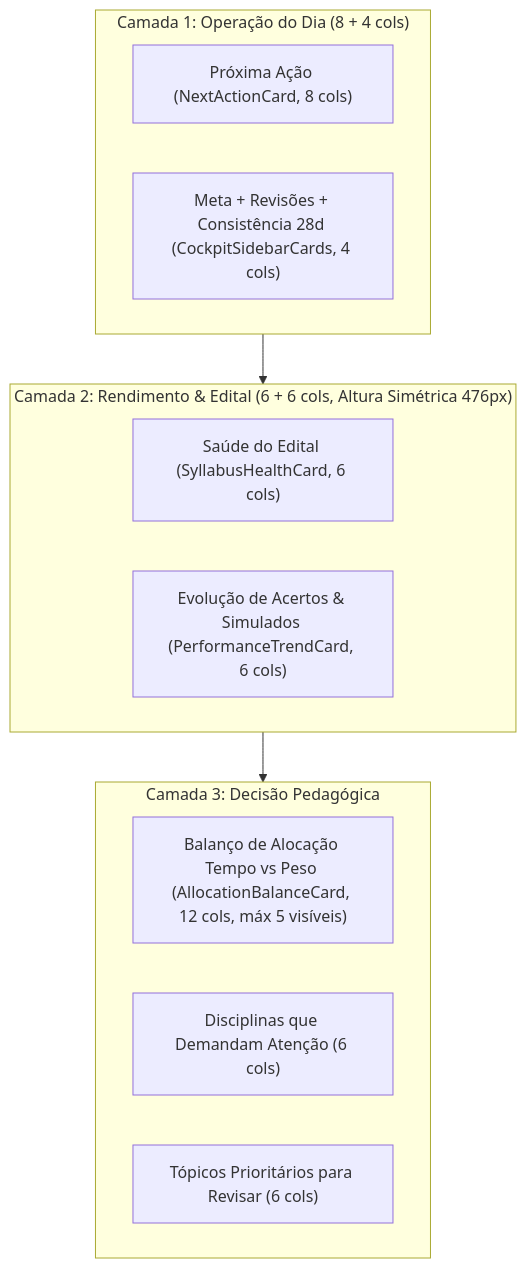
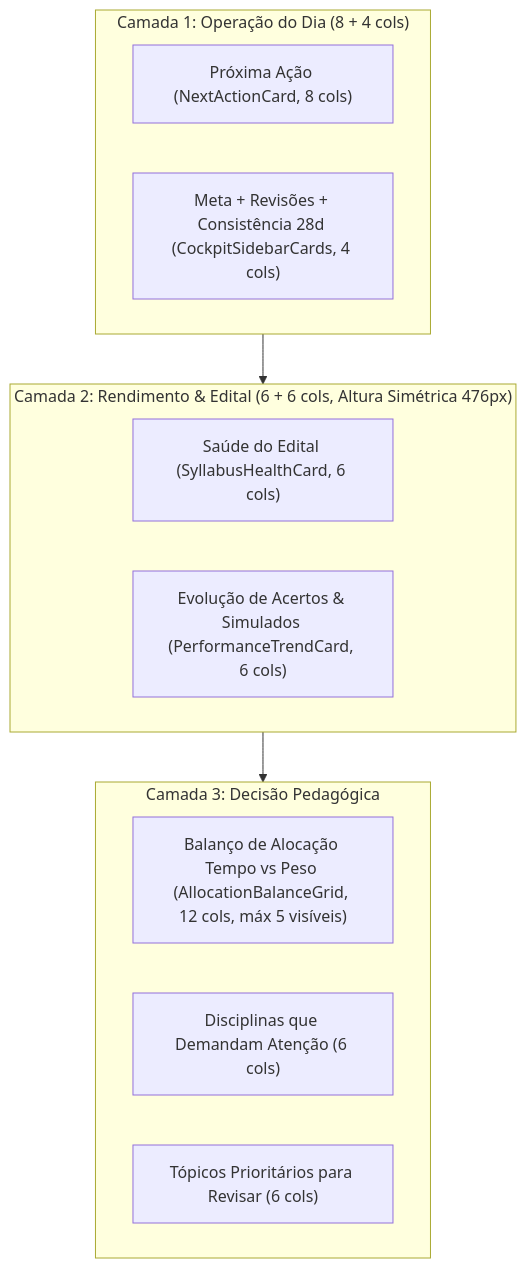
One commit to vitoriapac/Extrato changed the diagram in DESIGN-SYSTEM.md. Above: the diagram before and after it, drawn with Mermaid. The commit also changed other lines of this file and 110 other files, not shown here.

````diff
--- a/DESIGN-SYSTEM.md
+++ b/DESIGN-SYSTEM.md
@@ -197,17 +200,17 @@
 ```mermaid
 flowchart TD
     subgraph C1 ["Camada 1: Operação do Dia (8 + 4 cols)"]
         NA["Próxima Ação (NextActionCard, 8 cols)"]
         SIDE["Meta + Revisões + Consistência 28d (CockpitSidebarCards, 4 cols)"]
     end
     subgraph C2 ["Camada 2: Rendimento & Edital (6 + 6 cols, Altura Simétrica 476px)"]
         SH["Saúde do Edital (SyllabusHealthCard, 6 cols)"]
         PT["Evolução de Acertos & Simulados (PerformanceTrendCard, 6 cols)"]
     end
     subgraph C3 ["Camada 3: Decisão Pedagógica"]
-        AB["Balanço de Alocação Tempo vs Peso (AllocationBalanceCard, 12 cols, máx 5 visíveis)"]
+        AB["Balanço de Alocação Tempo vs Peso (AllocationBalanceGrid, 12 cols, máx 5 visíveis)"]
         DG1["Disciplinas que Demandam Atenção (6 cols)"]
         DG2["Tópicos Prioritários para Revisar (6 cols)"]
     end
     C1 --> C2 --> C3
 ```
````
